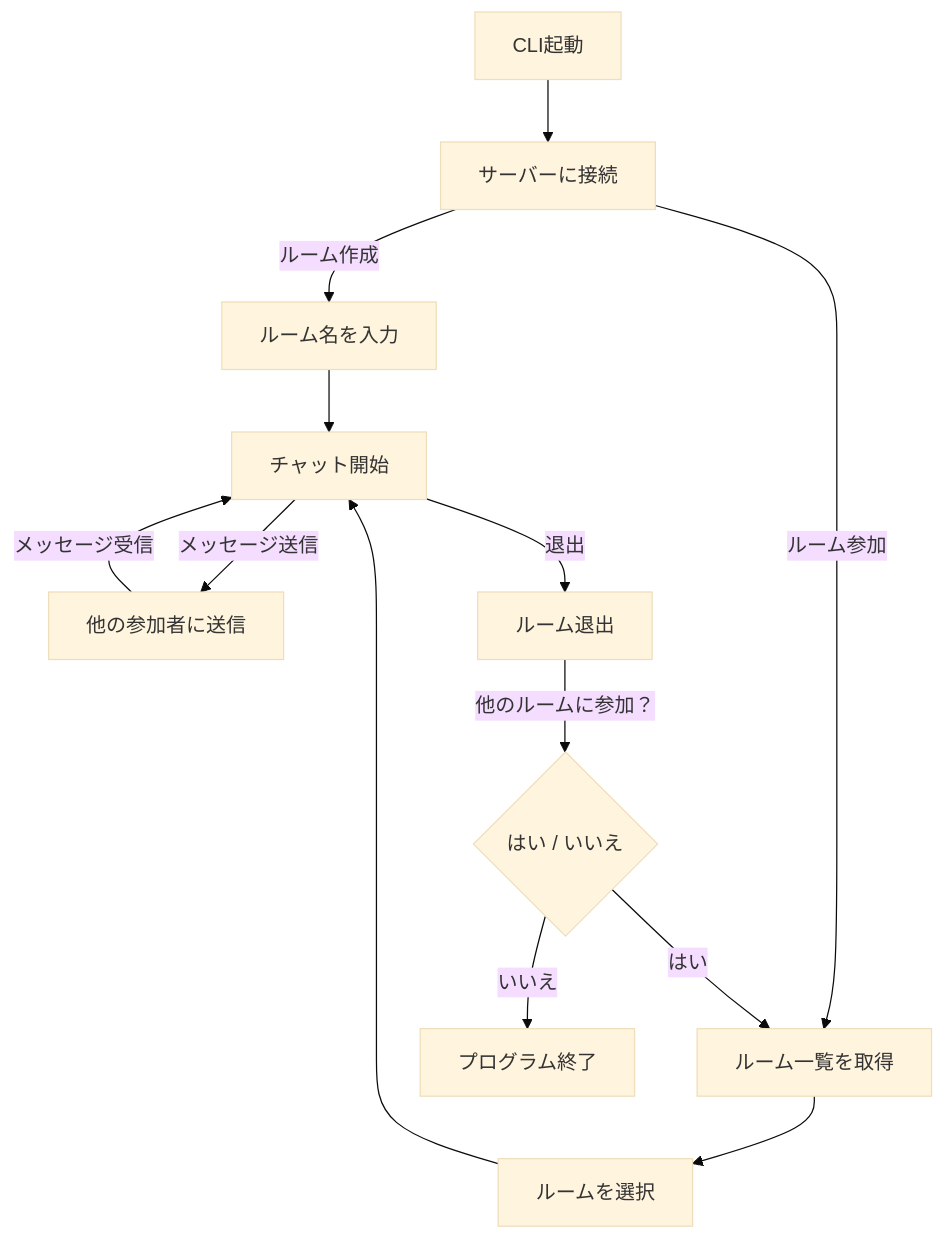
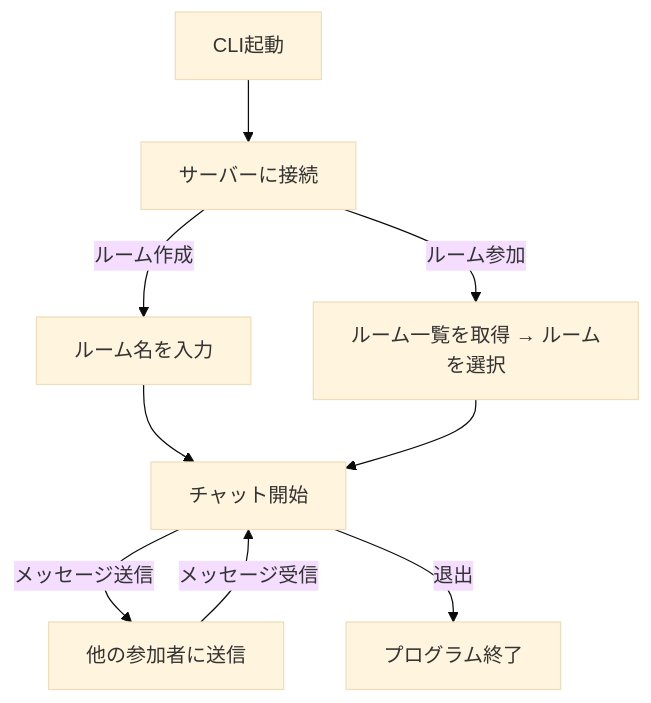
One commit to BackendExplorer/Tenshin changed the diagram in README.md. Above: the diagram before and after it, drawn with Mermaid (base theme).

````diff
--- a/README.md
+++ b/README.md
@@ -1,18 +1,14 @@
 ```mermaid
 graph TD
     A[CLI起動] --> B[サーバーに接続]
     B -->|ルーム作成| C[ルーム名を入力]
-    B -->|ルーム参加| D[ルーム一覧を取得]
-    D --> E[ルームを選択]
-
-    C --> F[チャット開始]
-    E --> F
-
-    F -->|メッセージ送信| G[他の参加者に送信]
-    G -->|メッセージ受信| F
-
-    F -->|退出| H[ルーム退出]
-    H -->|他のルームに参加？| I{はい / いいえ}
-    I -- はい --> D
-    I -- いいえ --> J[プログラム終了]
+    B -->|ルーム参加| D[ルーム一覧を取得 → ルームを選択]
+    
+    C --> E[チャット開始]
+    D --> E
+    
+    E -->|メッセージ送信| F[他の参加者に送信]
+    F -->|メッセージ受信| E
+    
+    E -->|退出| G[プログラム終了]
 ```
````
